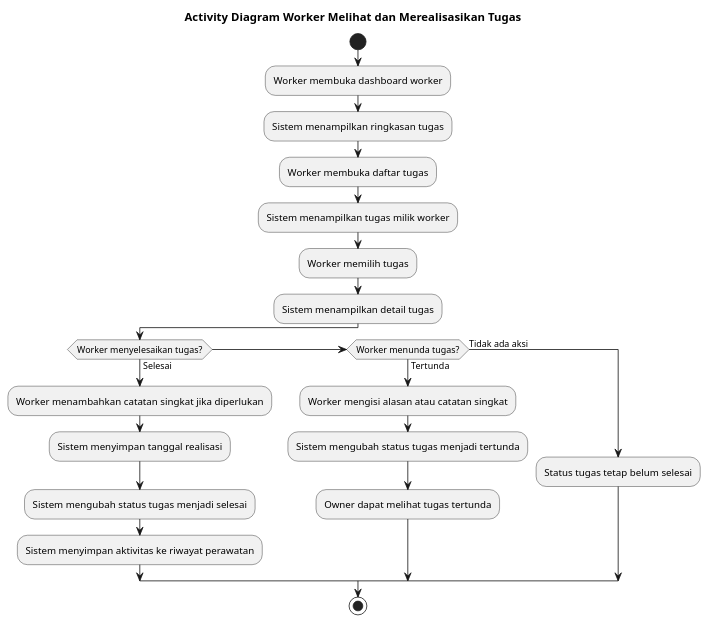
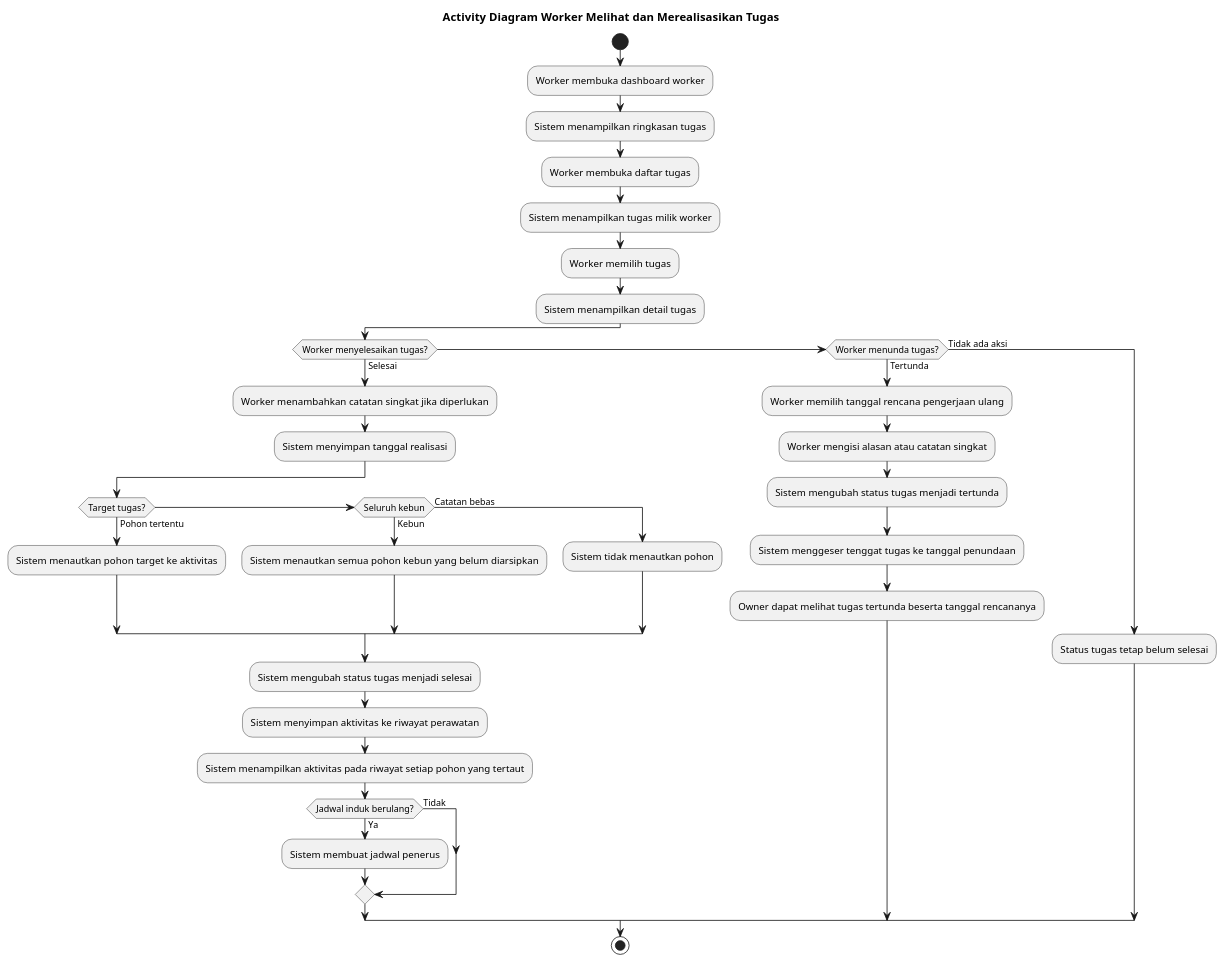
The tenth of 12 diagrams in docs/keep/source-of-truth/08-activity-diagram.md (LittleBoss119/avology-mobile-2), drawn with PlantUML before and after one commit. The commit also changed other lines of this file and 49 other files, not shown here.

````diff
--- a/docs/keep/source-of-truth/08-activity-diagram.md
+++ b/docs/keep/source-of-truth/08-activity-diagram.md
@@ -464,31 +431,48 @@
 ```plantuml
 @startuml
 title Activity Diagram Worker Melihat dan Merealisasikan Tugas
 
 start
 
 :Worker membuka dashboard worker;
 :Sistem menampilkan ringkasan tugas;
 :Worker membuka daftar tugas;
 :Sistem menampilkan tugas milik worker;
 :Worker memilih tugas;
 :Sistem menampilkan detail tugas;
 
 if (Worker menyelesaikan tugas?) then (Selesai)
   :Worker menambahkan catatan singkat jika diperlukan;
   :Sistem menyimpan tanggal realisasi;
+
+  if (Target tugas?) then (Pohon tertentu)
+    :Sistem menautkan pohon target ke aktivitas;
+  elseif (Seluruh kebun) then (Kebun)
+    :Sistem menautkan semua pohon kebun yang belum diarsipkan;
+  else (Catatan bebas)
+    :Sistem tidak menautkan pohon;
+  endif
+
   :Sistem mengubah status tugas menjadi selesai;
   :Sistem menyimpan aktivitas ke riwayat perawatan;
+  :Sistem menampilkan aktivitas pada riwayat setiap pohon yang tertaut;
+
+  if (Jadwal induk berulang?) then (Ya)
+    :Sistem membuat jadwal penerus;
+  else (Tidak)
+  endif
 
 elseif (Worker menunda tugas?) then (Tertunda)
+  :Worker memilih tanggal rencana pengerjaan ulang;
   :Worker mengisi alasan atau catatan singkat;
   :Sistem mengubah status tugas menjadi tertunda;
-  :Owner dapat melihat tugas tertunda;
+  :Sistem menggeser tenggat tugas ke tanggal penundaan;
+  :Owner dapat melihat tugas tertunda beserta tanggal rencananya;
 
 else (Tidak ada aksi)
   :Status tugas tetap belum selesai;
 endif
 
 stop
 @enduml
 ```
````
